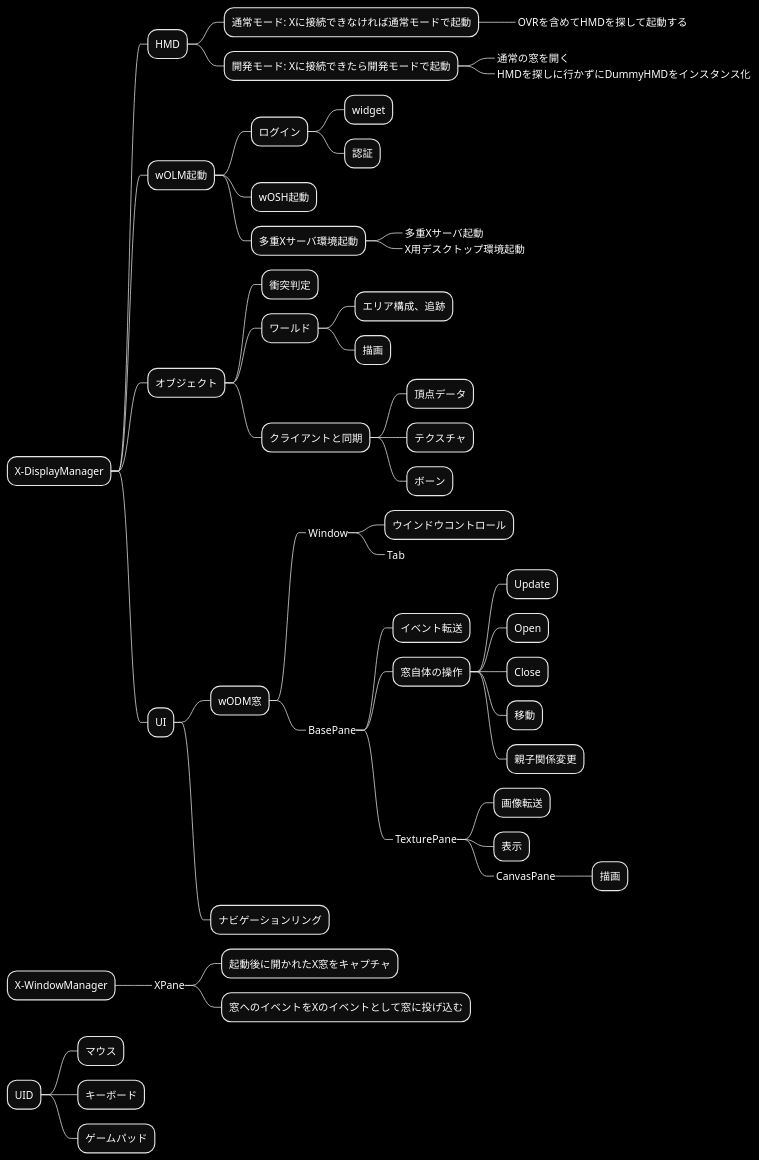
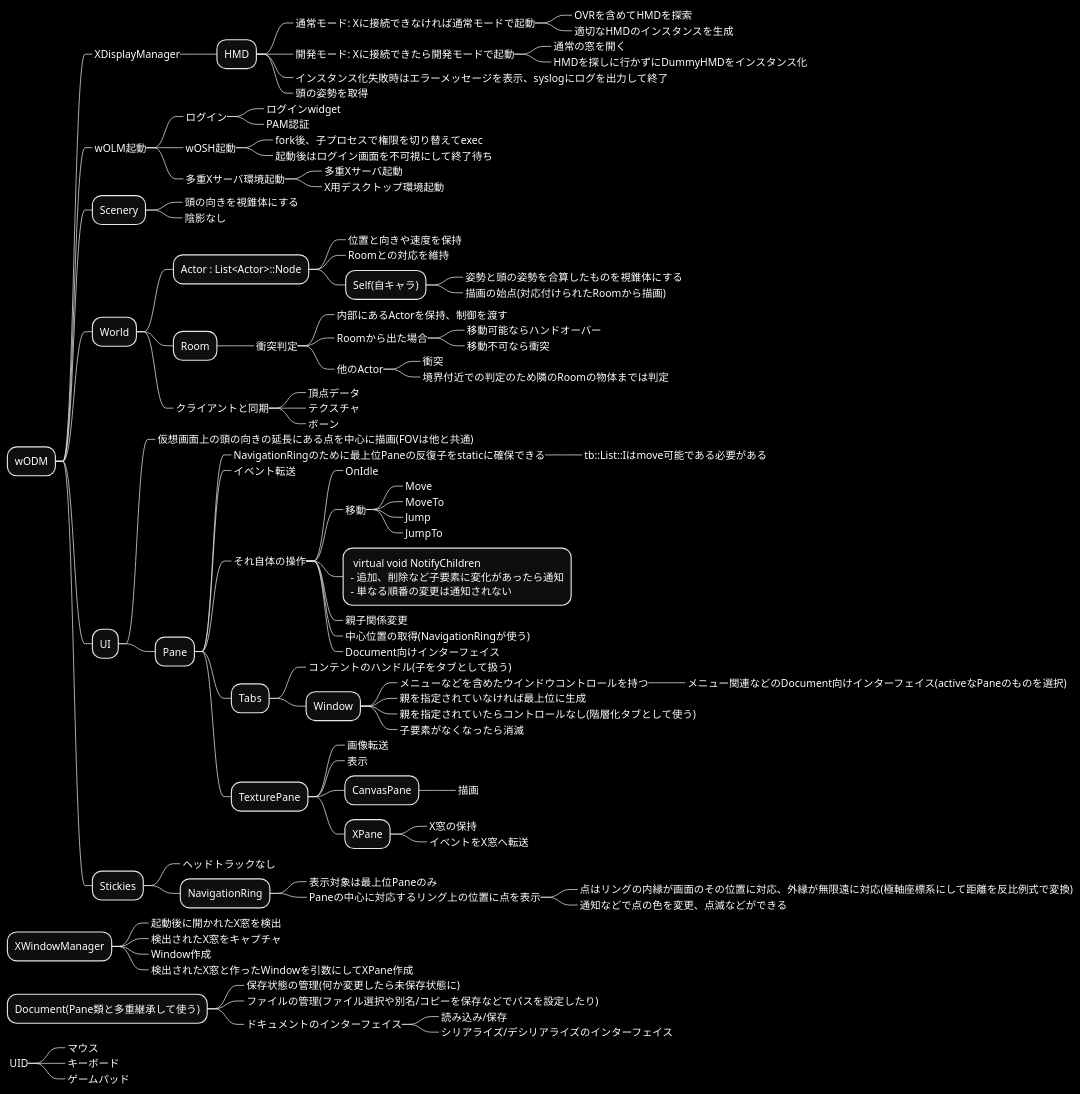
Before and after one commit to tarosuke/wODM: the diagram in docs/RBS.pu, drawn with PlantUML.

Commit message:
RBSを修正

```diff
--- a/docs/RBS.pu
+++ b/docs/RBS.pu
@@ -1,54 +1,104 @@
 @startmindmap
 skinparam monochrome reverse
-* X-DisplayManager
-** HMD
-*** 通常モード: Xに接続できなければ通常モードで起動
-****_ OVRを含めてHMDを探して起動する
-*** 開発モード: Xに接続できたら開発モードで起動
-****_ 通常の窓を開く
-****_ HMDを探しに行かずにDummyHMDをインスタンス化
-** wOLM起動
-*** ログイン
-**** widget
-**** 認証
-*** wOSH起動
-*** 多重Xサーバ環境起動
+* wODM
+**_ XDisplayManager
+*** HMD
+****_ 通常モード: Xに接続できなければ通常モードで起動
+*****_ OVRを含めてHMDを探索
+*****_ 適切なHMDのインスタンスを生成
+****_ 開発モード: Xに接続できたら開発モードで起動
+*****_ 通常の窓を開く
+*****_ HMDを探しに行かずにDummyHMDをインスタンス化
+****_ インスタンス化失敗時はエラーメッセージを表示、syslogにログを出力して終了
+****_ 頭の姿勢を取得
+**_ wOLM起動
+***_ ログイン
+****_ ログインwidget
+****_ PAM認証
+***_ wOSH起動
+****_ fork後、子プロセスで権限を切り替えてexec
+****_ 起動後はログイン画面を不可視にして終了待ち
+***_ 多重Xサーバ環境起動
 ****_ 多重Xサーバ起動
 ****_ X用デスクトップ環境起動
-** オブジェクト
-*** 衝突判定
-*** ワールド
-**** エリア構成、追跡
-**** 描画
-*** クライアントと同期
-**** 頂点データ
-**** テクスチャ
-**** ボーン
+** Scenery
+***_ 頭の向きを視錐体にする
+***_ 陰影なし
+** World
+*** Actor : List<Actor>::Node
+****_ 位置と向きや速度を保持
+****_ Roomとの対応を維持
+**** Self(自キャラ)
+*****_ 姿勢と頭の姿勢を合算したものを視錐体にする
+*****_ 描画の始点(対応付けられたRoomから描画)
+*** Room
+****_ 衝突判定
+*****_ 内部にあるActorを保持、制御を渡す
+*****_ Roomから出た場合
+******_ 移動可能ならハンドオーバー
+******_ 移動不可なら衝突
+*****_ 他のActor
+******_ 衝突
+******_ 境界付近での判定のため隣のRoomの物体までは判定
+***_ クライアントと同期
+****_ 頂点データ
+****_ テクスチャ
+****_ ボーン
 ** UI
-*** wODM窓
-****_ Window
-***** ウインドウコントロール
-*****_ Tab
-****_ BasePane
-***** イベント転送
-***** 窓自体の操作
-****** Update
-****** Open
-****** Close
-****** 移動
-****** 親子関係変更
-*****_ TexturePane
-****** 画像転送
-****** 表示
-******_ CanvasPane
-******* 描画
-*** ナビゲーションリング
-* X-WindowManager
-**_ XPane
-*** 起動後に開かれたX窓をキャプチャ
-*** 窓へのイベントをXのイベントとして窓に投げ込む
-* UID
-** マウス
-** キーボード
-** ゲームパッド
+***_ 仮想画面上の頭の向きの延長にある点を中心に描画(FOVは他と共通)
+*** Pane
+****_ NavigationRingのために最上位Paneの反復子をstaticに確保できる
+*****_ tb::List::Iはmove可能である必要がある
+****_ イベント転送
+****_ それ自体の操作
+*****_ OnIdle
+*****_ 移動
+******_ Move
+******_ MoveTo
+******_ Jump
+******_ JumpTo
+*****: virtual void NotifyChildren
+- 追加、削除など子要素に変化があったら通知
+- 単なる順番の変更は通知されない;
+*****_ 親子関係変更
+*****_ 中心位置の取得(NavigationRingが使う)
+*****_ Document向けインターフェイス
+**** Tabs
+*****_ コンテントのハンドル(子をタブとして扱う)
+***** Window
+******_ メニューなどを含めたウインドウコントロールを持つ
+*******_ メニュー関連などのDocument向けインターフェイス(activeなPaneのものを選択)
+******_ 親を指定されていなければ最上位に生成
+******_ 親を指定されていたらコントロールなし(階層化タブとして使う)
+******_ 子要素がなくなったら消滅
+**** TexturePane
+*****_ 画像転送
+*****_ 表示
+***** CanvasPane
+******_ 描画
+***** XPane
+******_ X窓の保持
+******_ イベントをX窓へ転送
+** Stickies
+***_ ヘッドトラックなし
+*** NavigationRing
+****_ 表示対象は最上位Paneのみ
+****_ Paneの中心に対応するリング上の位置に点を表示
+*****_ 点はリングの内縁が画面のその位置に対応、外縁が無限遠に対応(極軸座標系にして距離を反比例式で変換)
+*****_ 通知などで点の色を変更、点滅などができる
+* XWindowManager
+**_ 起動後に開かれたX窓を検出
+**_ 検出されたX窓をキャプチャ
+**_ Window作成
+**_ 検出されたX窓と作ったWindowを引数にしてXPane作成
+* Document(Pane類と多重継承して使う)
+**_ 保存状態の管理(何か変更したら未保存状態に)
+**_ ファイルの管理(ファイル選択や別名/コピーを保存などでパスを設定したり)
+**_ ドキュメントのインターフェイス
+***_ 読み込み/保存
+***_ シリアライズ/デシリアライズのインターフェイス
+*_ UID
+**_ マウス
+**_ キーボード
+**_ ゲームパッド
 @endmindmap
```
